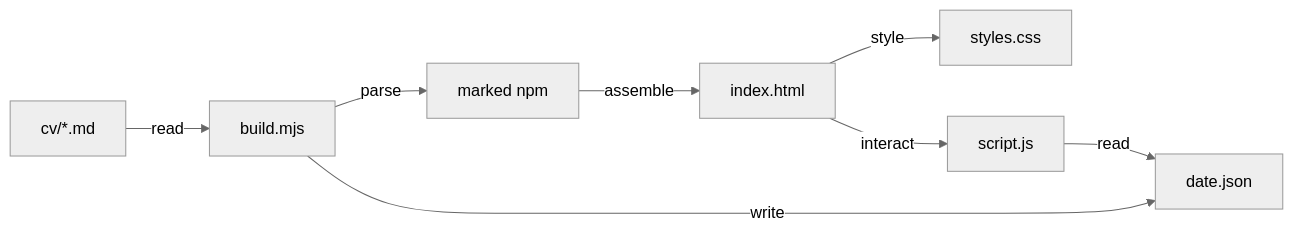
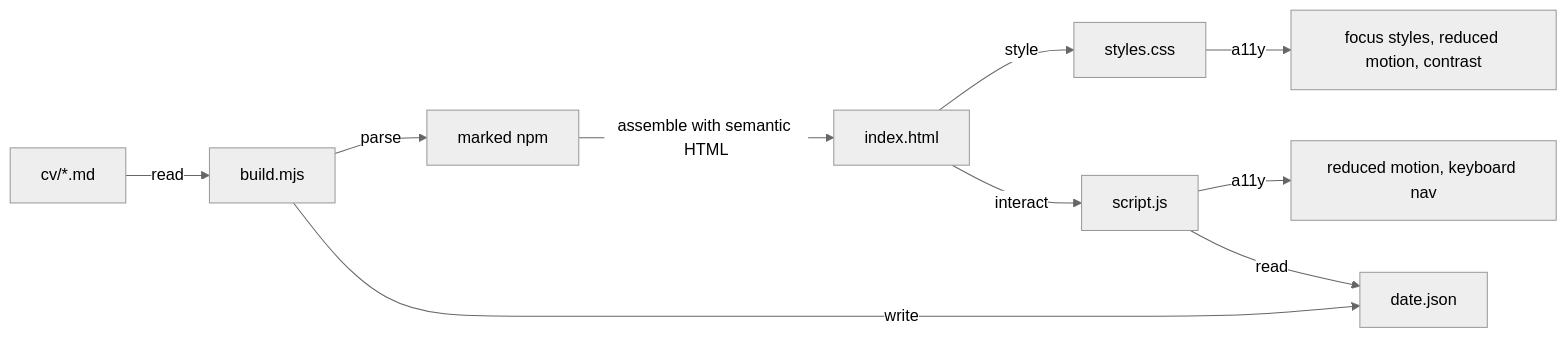
The diagram in docs/agents/plans/grill-portfolio-plan.md (W01fw00d/portfolio), drawn with Mermaid (neutral theme) before and after one commit. The commit also changed other lines of this file, not shown here.

````diff
--- a/docs/agents/plans/grill-portfolio-plan.md
+++ b/docs/agents/plans/grill-portfolio-plan.md
@@ -135,10 +167,12 @@
 ```mermaid
 graph LR
   A[cv/*.md] -->|read| B[build.mjs]
   B -->|parse| C[marked npm]
-  C -->|assemble| D[index.html]
+  C -->|assemble with semantic HTML| D[index.html]
   D -->|style| E[styles.css]
-  D -->|interact| F[script.js]
-  F -->|read| G[date.json]
-  B -->|write| G
+  E -->|a11y| F[focus styles, reduced motion, contrast]
+  D -->|interact| G[script.js]
+  G -->|a11y| H[reduced motion, keyboard nav]
+  G -->|read| I[date.json]
+  B -->|write| I
 ```
````
